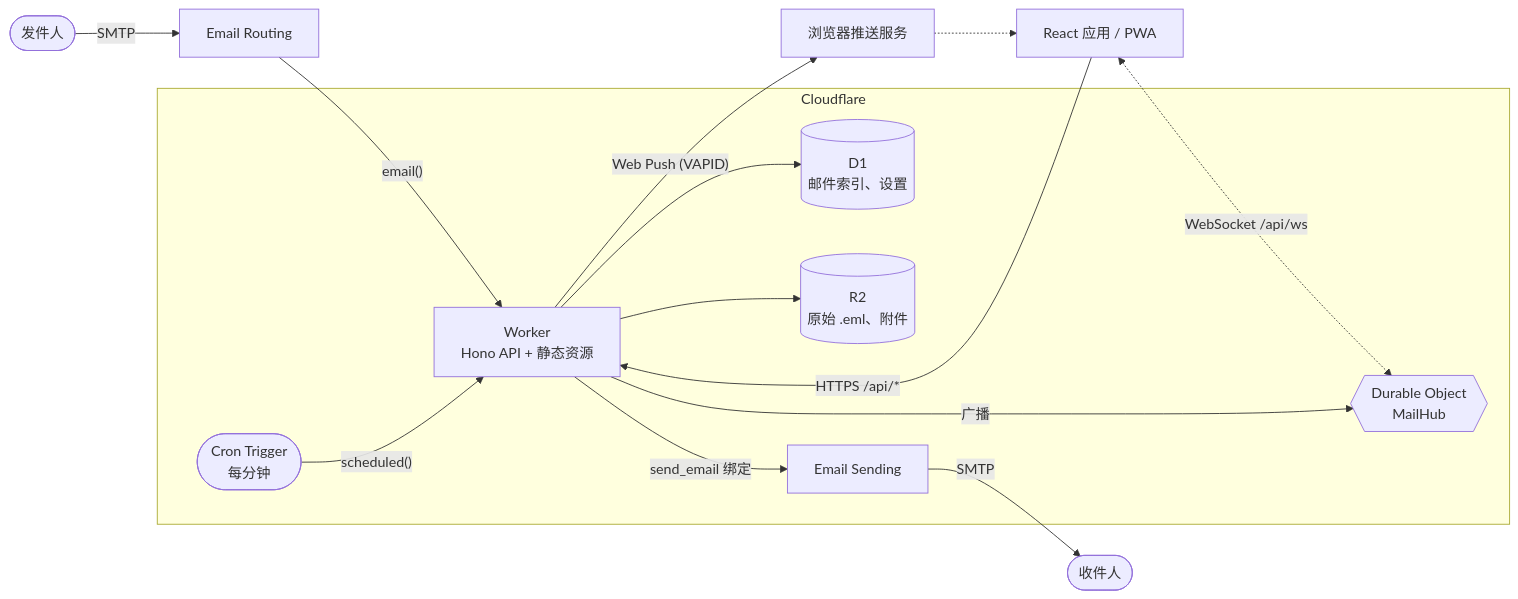
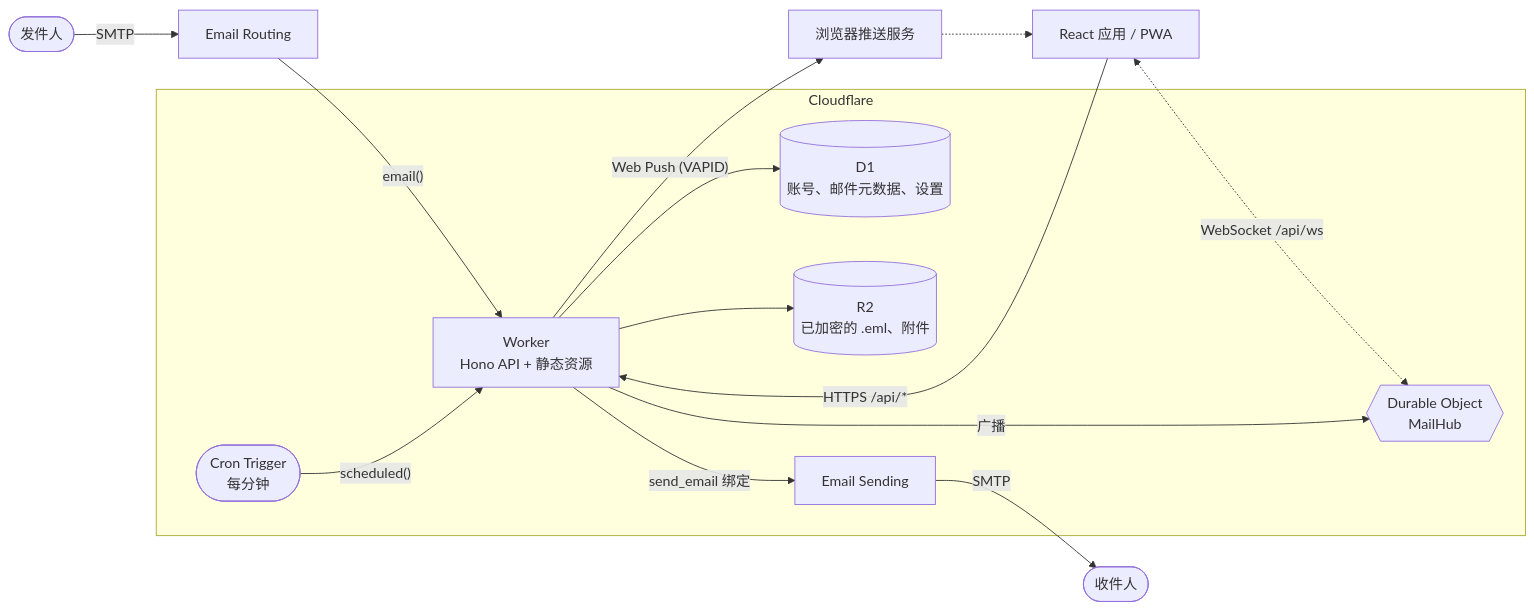
Before and after one commit to NoahDuongMaster/edging-mail: the diagram in README.zh-CN.md, drawn with Mermaid. The commit also changed other lines of this file and 35 other files, not shown here.

````diff
--- a/README.zh-CN.md
+++ b/README.zh-CN.md
@@ -198,26 +255,26 @@
 ```mermaid
 flowchart LR
     sender(["发件人"]) -- SMTP --> routing[Email Routing]
     routing -- "email()" --> worker
 
     browser["React 应用 / PWA"] -- "HTTPS /api/*" --> worker
     browser <-. "WebSocket /api/ws" .-> hub
 
     subgraph cf [Cloudflare]
         worker["Worker<br/>Hono API + 静态资源"]
-        d1[("D1<br/>邮件索引、设置")]
-        r2[("R2<br/>原始 .eml、附件")]
+        d1[("D1<br/>账号、邮件元数据、设置")]
+        r2[("R2<br/>已加密的 .eml、附件")]
         hub{{"Durable Object<br/>MailHub"}}
         cron(["Cron Trigger<br/>每分钟"])
         sending[Email Sending]
     end
 
     worker --> d1
     worker --> r2
     worker -- "广播" --> hub
     cron -- "scheduled()" --> worker
     worker -- "send_email 绑定" --> sending
     sending -- SMTP --> recipient(["收件人"])
     worker -- "Web Push (VAPID)" --> push["浏览器推送服务"]
     push -.-> browser
 ```
````
